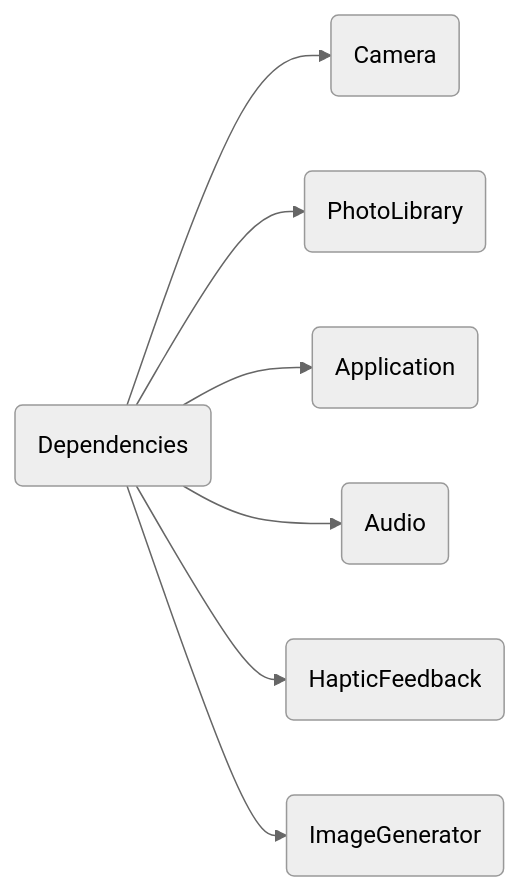
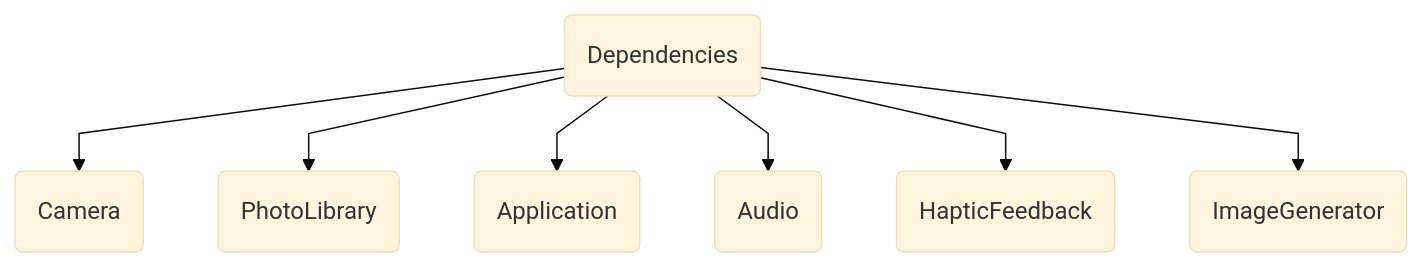
One commit to kodydeda4/swift-camera-app changed the second of 2 diagrams in README.md. Above: the diagram before and after it, drawn with Mermaid. The commit also changed other lines of this file, not shown here.

````diff
--- a/README.md
+++ b/README.md
@@ -53,11 +54,11 @@
 ```mermaid
-%%{init: {'theme': 'neutral' } }%%
-flowchart LR
+%%{init: {'theme': 'base', 'flowchart': {'curve': 'linear'}} }%%
+flowchart TD
     A(Dependencies)
     A --> E(Camera)
     A --> H(PhotoLibrary)
     A --> B(Application)
     A --> D(Audio)
     A --> F(HapticFeedback)
     A --> G(ImageGenerator)
 ```
````
